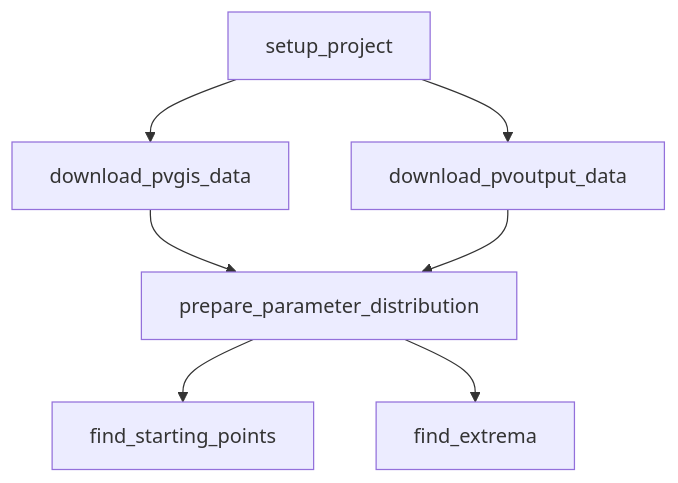
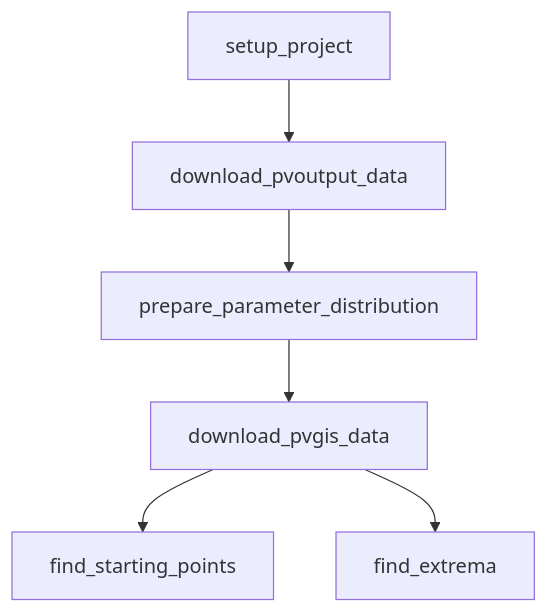
The diagram in docs/index.md (falknerdominik/paper_pv_surrogate_eurocast), drawn with Mermaid before and after one commit. The commit also changed 9 other files, not shown here.

````diff
--- a/docs/index.md
+++ b/docs/index.md
@@ -9,9 +9,8 @@
 ```mermaid
 graph TB;
-setup_project --> download_pvgis_data
 setup_project --> download_pvoutput_data
-download_pvgis_data --> prepare_parameter_distribution
 download_pvoutput_data --> prepare_parameter_distribution
-prepare_parameter_distribution --> find_starting_points
-prepare_parameter_distribution --> find_extrema
+prepare_parameter_distribution --> download_pvgis_data
+download_pvgis_data --> find_starting_points
+download_pvgis_data --> find_extrema
 ```
````
